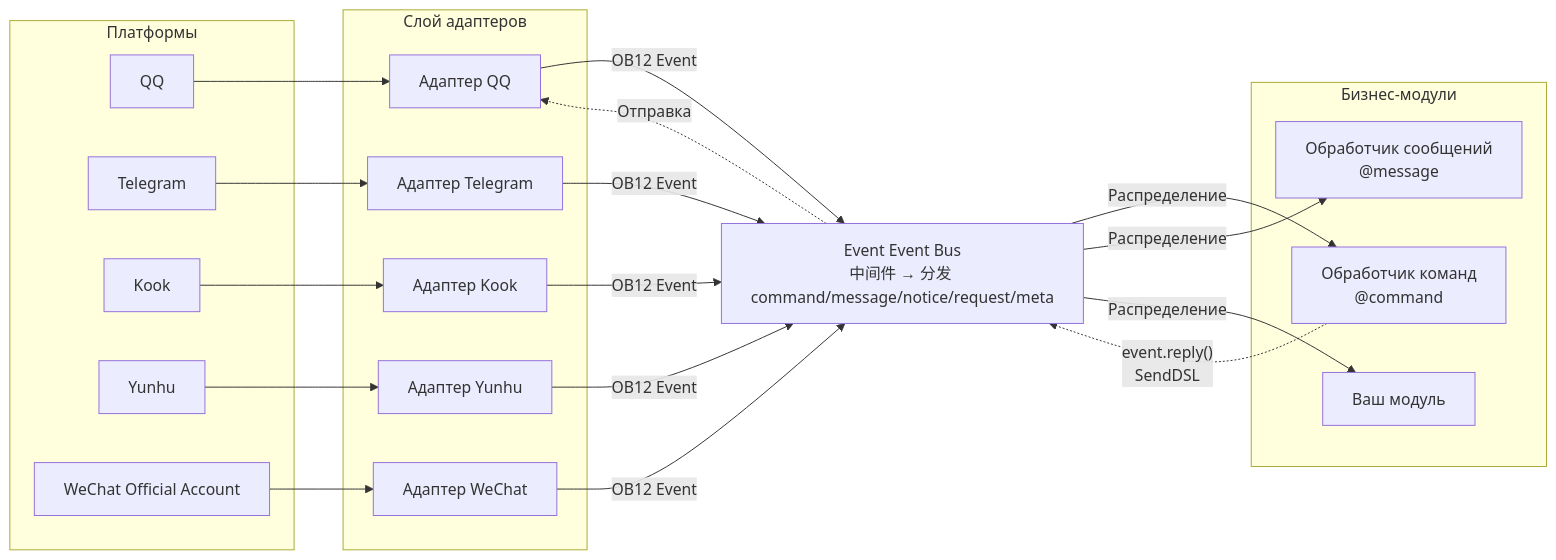
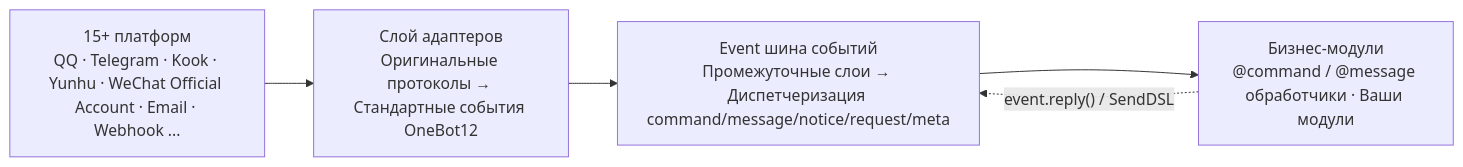
One commit to ErisPulse/ErisPulse changed the first of 2 diagrams in README.ru.md. Above: the diagram before and after it, drawn with Mermaid. The commit also changed other lines of this file and 828 other files, not shown here.

````diff
--- a/README.ru.md
+++ b/README.ru.md
@@ -112,45 +110,9 @@
 ```mermaid
 graph LR
-    subgraph Platforms[Платформы]
-        QQ["QQ"]
-        TG["Telegram"]
-        Kook["Kook"]
-        YH["Yunhu"]
-        WX["WeChat Official Account"]
-    end
-
-    subgraph Adapters[Слой адаптеров]
-        A1["Адаптер QQ"]
-        A2["Адаптер Telegram"]
-        A3["Адаптер Kook"]
-        A4["Адаптер Yunhu"]
-        A5["Адаптер WeChat"]
-    end
-
-    Event["Event Event Bus<br/>中间件 → 分发 command/message/notice/request/meta"]
-
-    subgraph Modules[Бизнес-модули]
-        M1["Обработчик команд<br/>@command"]
-        M2["Обработчик сообщений<br/>@message"]
-        M3["Ваш модуль"]
-    end
-
-    QQ --> A1
-    TG --> A2
-    Kook --> A3
-    YH --> A4
-    WX --> A5
-
-    A1 -->|"OB12 Event"| Event
-    A2 -->|"OB12 Event"| Event
-    A3 -->|"OB12 Event"| Event
-    A4 -->|"OB12 Event"| Event
-    A5 -->|"OB12 Event"| Event
-
-    Event -->|"Распределение"| M1
-    Event -->|"Распределение"| M2
-    Event -->|"Распределение"| M3
-
-    M1 -.->|"event.reply()<br/>SendDSL"| Event
-    Event -.->|"Отправка"| A1
+    P["15+ платформ<br/>QQ · Telegram · Kook · Yunhu · WeChat Official Account · Email · Webhook ..."]
+    A["Слой адаптеров<br/>Оригинальные протоколы → Стандартные события OneBot12"]
+    Event["Event шина событий<br/>Промежуточные слои → Диспетчеризация command/message/notice/request/meta"]
+    M["Бизнес-модули<br/>@command / @message обработчики · Ваши модули"]
+    P --> A --> Event --> M
+    M -.->|"event.reply() / SendDSL"| Event
 ```
````
